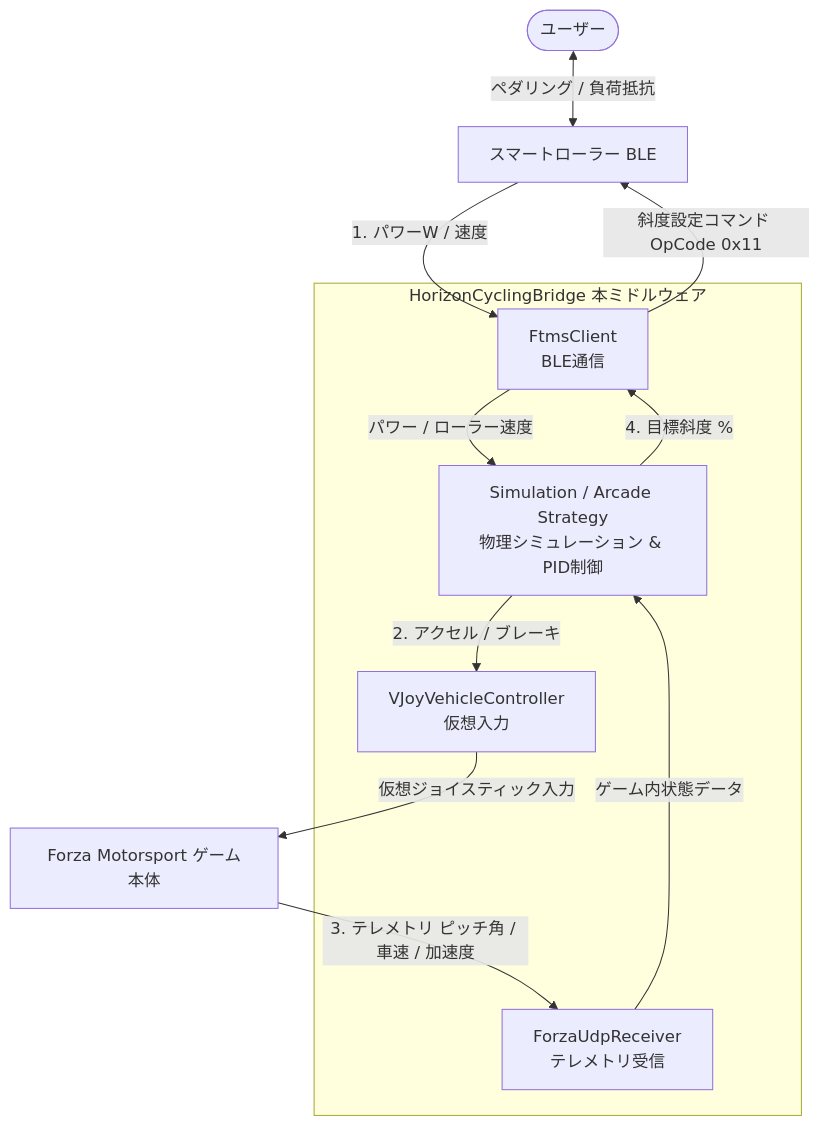
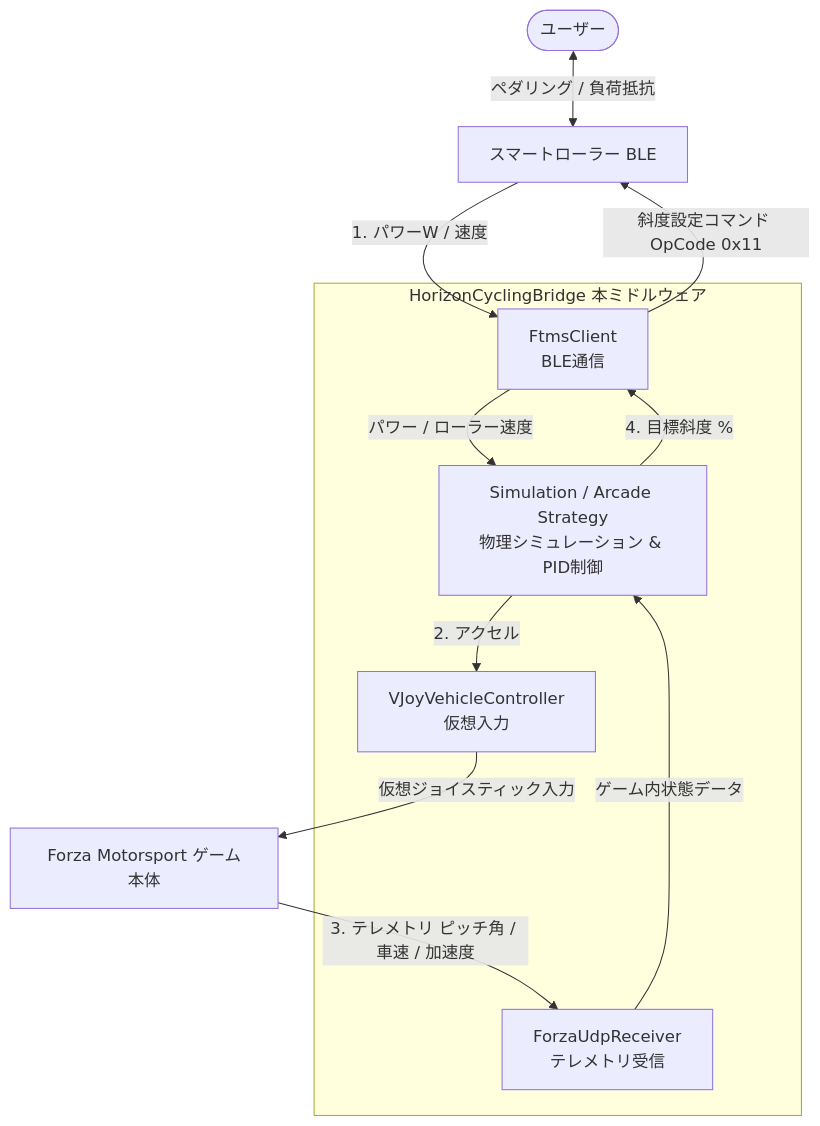
Before and after one commit to n2gate2000-git/HorizonCycling: the first of 2 diagrams in docs/20260530-HorizonCycling仕様書.md, drawn with Mermaid. The commit also changed other lines of this file and 5 other files, not shown here.

````diff
--- a/docs/20260530-HorizonCycling仕様書.md
+++ b/docs/20260530-HorizonCycling仕様書.md
@@ -12,26 +12,26 @@
 ```mermaid
 graph TD
     %% ユーザーとハードウェア
     User([ユーザー]) <-->|ペダリング / 負荷抵抗| Trainer[スマートローラー BLE]
     
     %% ミドルウェアブリッジ内部
     subgraph HorizonCyclingBridge [HorizonCyclingBridge 本ミドルウェア]
         Ftms[FtmsClient<br/>BLE通信]
         Strategy[Simulation / Arcade Strategy<br/>物理シミュレーション & PID制御]
         vJoy[VJoyVehicleController<br/>仮想入力]
         Udp[ForzaUdpReceiver<br/>テレメトリ受信]
     end
     
     %% ゲーム本体
     Game[Forza Motorsport ゲーム本体]
     
     %% データフロー
     Trainer -->|1. パワーW / 速度| Ftms
     Ftms -->|パワー / ローラー速度| Strategy
-    Strategy -->|2. アクセル / ブレーキ| vJoy
+    Strategy -->|2. アクセル| vJoy
     vJoy -->|仮想ジョイスティック入力| Game
     Game -->|3. テレメトリ ピッチ角 / 車速 / 加速度| Udp
     Udp -->|ゲーム内状態データ| Strategy
     Strategy -->|4. 目標斜度 %| Ftms
     Ftms -->|斜度設定コマンド OpCode 0x11| Trainer
 ```
````
